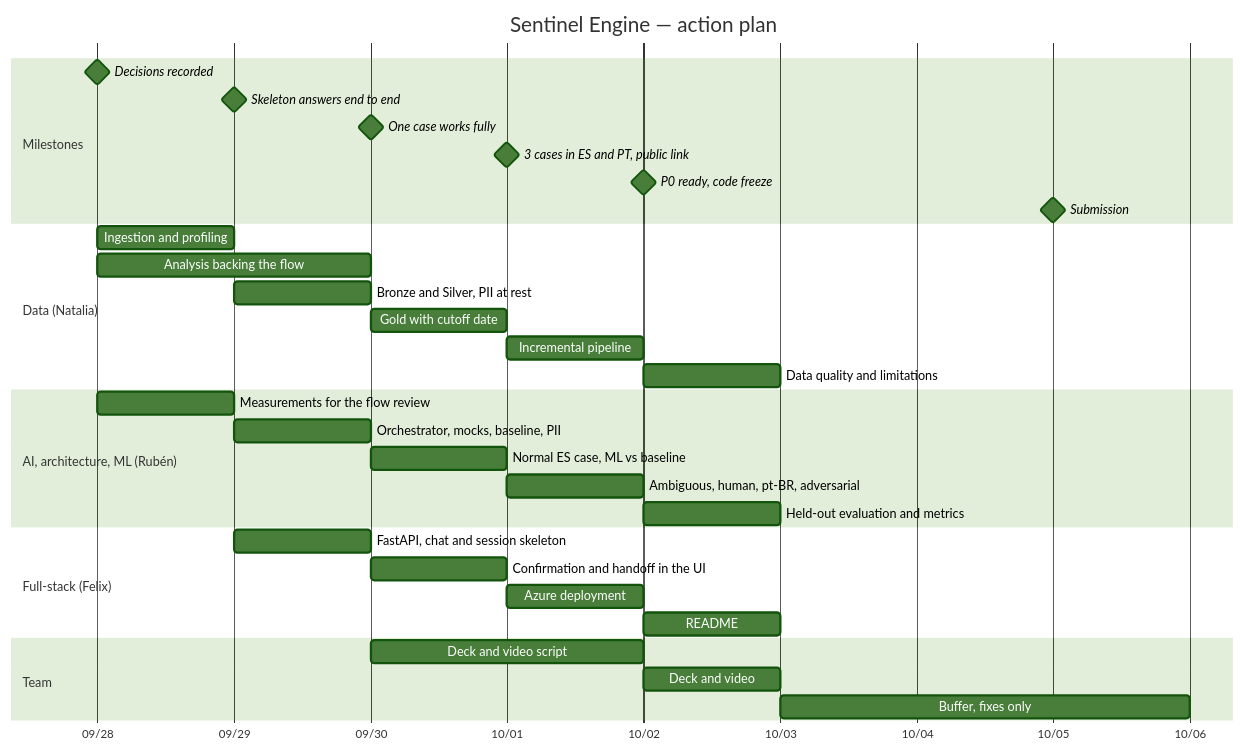
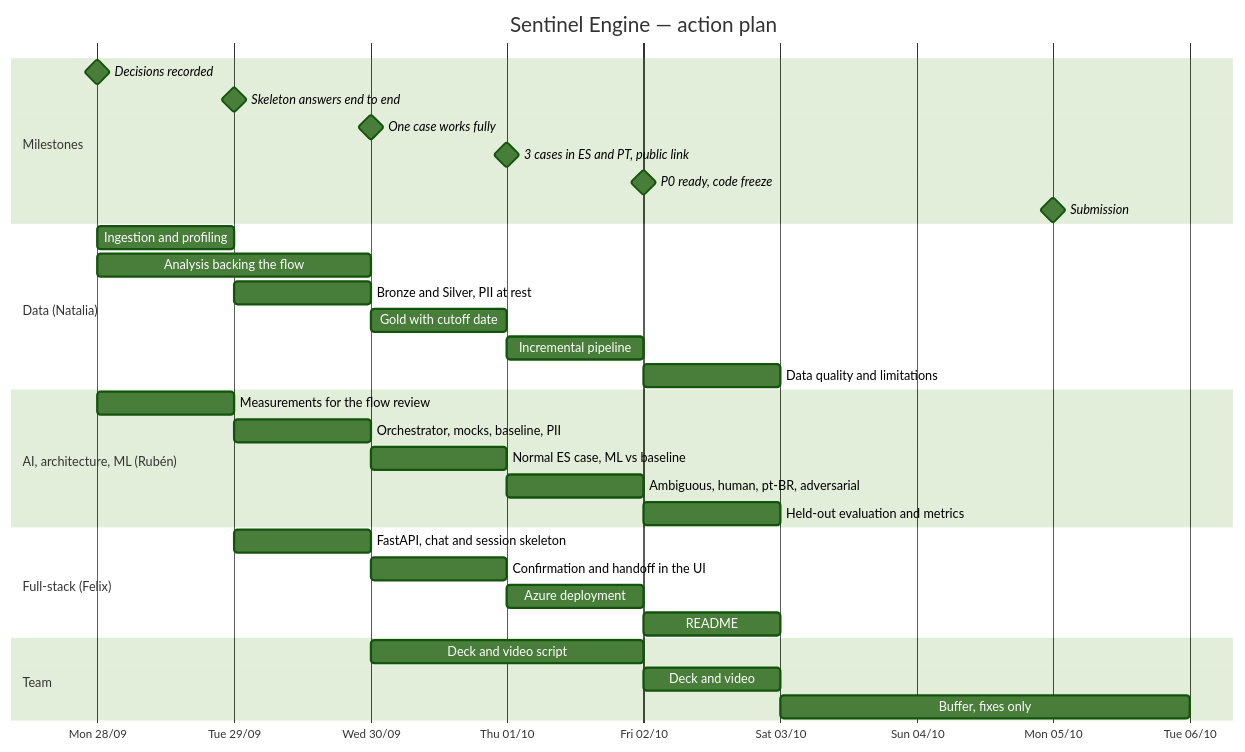
The fifth of 5 diagrams in docs/build/architecture-roadmap.md (rdorta27/factored-hackathon-2026-sentinel-engine), drawn with Mermaid (forest theme) before and after one commit. The commit also changed other lines of this file and 1 other file, not shown here.

First line of the commit message:
docs: redraw the architecture and roadmap diagrams with one visual language

````diff
--- a/docs/build/architecture-roadmap.md
+++ b/docs/build/architecture-roadmap.md
@@ -86,35 +126,37 @@
 ```mermaid
 gantt
     title Sentinel Engine — action plan
     dateFormat YYYY-MM-DD
-    axisFormat %m/%d
+    axisFormat %a %d/%m
+    tickInterval 1day
+    todayMarker off
     section Milestones
     Decisions recorded                     :milestone, m1, 2026-09-28, 0d
     Skeleton answers end to end            :milestone, m2, 2026-09-29, 0d
     One case works fully                   :milestone, m3, 2026-09-30, 0d
     3 cases in ES and PT, public link      :milestone, m4, 2026-10-01, 0d
     P0 ready, code freeze                  :milestone, m5, 2026-10-02, 0d
     Submission                             :milestone, m6, 2026-10-05, 0d
     section Data (Natalia)
     Ingestion and profiling                :2026-09-28, 1d
     Analysis backing the flow              :2026-09-28, 2d
     Bronze and Silver, PII at rest         :2026-09-29, 1d
     Gold with cutoff date                  :2026-09-30, 1d
     Incremental pipeline                   :2026-10-01, 1d
     Data quality and limitations           :2026-10-02, 1d
     section AI, architecture, ML (Rubén)
     Measurements for the flow review       :2026-09-28, 1d
     Orchestrator, mocks, baseline, PII     :2026-09-29, 1d
     Normal ES case, ML vs baseline         :2026-09-30, 1d
     Ambiguous, human, pt-BR, adversarial   :2026-10-01, 1d
     Held-out evaluation and metrics        :2026-10-02, 1d
     section Full-stack (Felix)
     FastAPI, chat and session skeleton     :2026-09-29, 1d
     Confirmation and handoff in the UI     :2026-09-30, 1d
     Azure deployment                       :2026-10-01, 1d
     README                                 :2026-10-02, 1d
     section Team
     Deck and video script                  :2026-09-30, 2d
     Deck and video                         :2026-10-02, 1d
     Buffer, fixes only                     :2026-10-03, 3d
 ```
````
